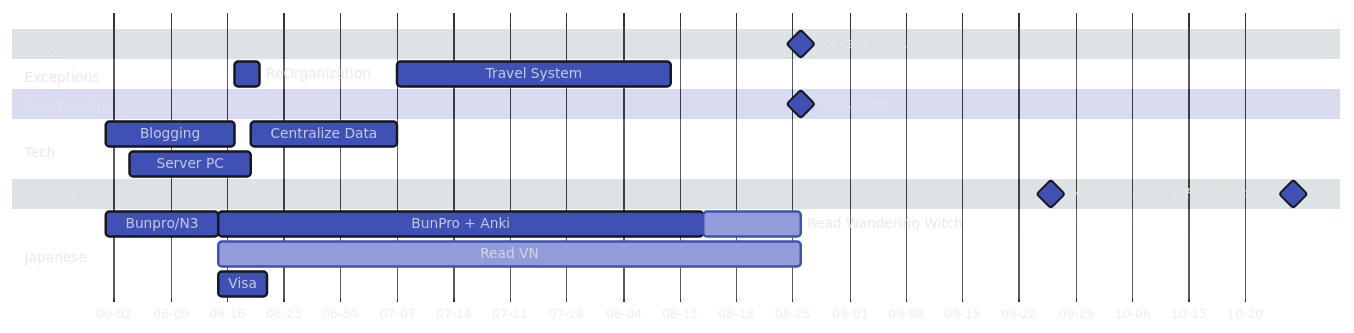
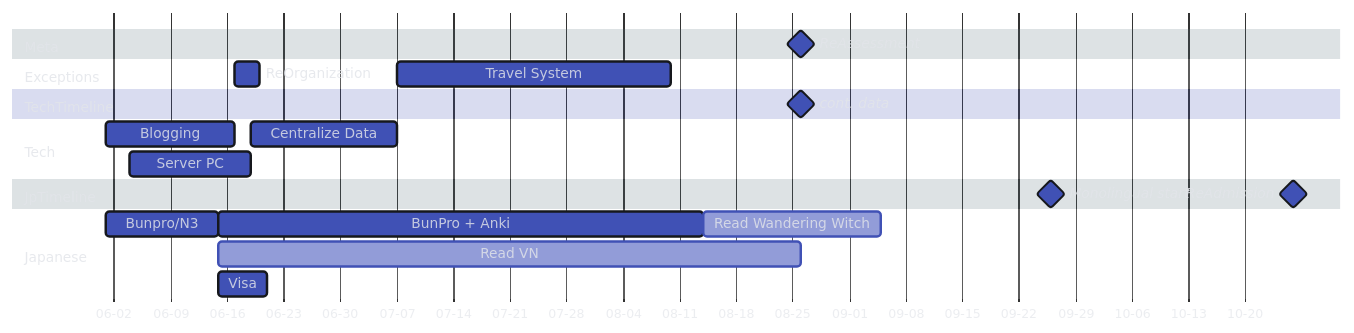
Before and after one commit to Serralq/Project-Norn: the first of 2 diagrams in docs/index.md, drawn with Mermaid. The commit also changed other lines of this file, not shown here.

````diff
--- a/docs/index.md
+++ b/docs/index.md
@@ -34,47 +34,47 @@
     ``` mermaid
     ---
     displayMode: compact
     ---
     %%{
       init: {
         'theme': 'base',
         'themeVariables': {
           'darkMode': 'true',
           'fontFamily': 'hermit',
           'primaryColor': '#4051b5',
           'primaryBorderColor': '#16181D',
           'tertiaryColor': '#546d78',
           'tertiaryTextColor': '#E2E4E9D1',
           'textColor': '#E2E4E9D1',
           'noteTextColor': '#E2E4E9D1'
         }
       }
     }%%
     gantt
       dateFormat YY-MM-DD
       axisFormat %m-%d
       tickInterval 1week
       todayMarker stroke-width:3px,stroke:#E2E4E9,opacity:0.5
       section Meta
         ReAssessment              :milestone,  m1, 24-08-26, 0d
       section Exceptions
         ReOrganization            :            m3 , 24-06-17, 24-06-20
         Travel System             :            m4 , 24-07-07, 24-08-10
       section TechTimeline
         cont. data                    :milestone,  t4 , after m1, 0d
       section Tech
         Blogging                  :            t1 , 24-06-01, 24-06-17
         Server PC                 :            t2 , 24-06-04, 24-06-19
         Centralize Data           :            t3 , 24-06-19, 24-07-07
       section JpTimeline
         Monolingual start         :milestone,  j11, 24-09-26, 0d
         ReAdmission               :milestone,  j10, 24-10-26, 0d
       section Japanese
         Bunpro/N3                 :            j1 , 24-06-01, 24-06-15
         BunPro + Anki             :            j2 , after j1, 24-08-14
         Read VN                   :active,     j3 , after j1, until m1
         Visa                      :            j4 , 24-06-15, 24-06-21
-        Read Wandering Witch      :active,     j5 , 24-08-14, until m1
+        Read Wandering Witch      :active,     j5 , 24-08-14, 24-09-05
         %% Futures
       section Stationaries
     ```
````
